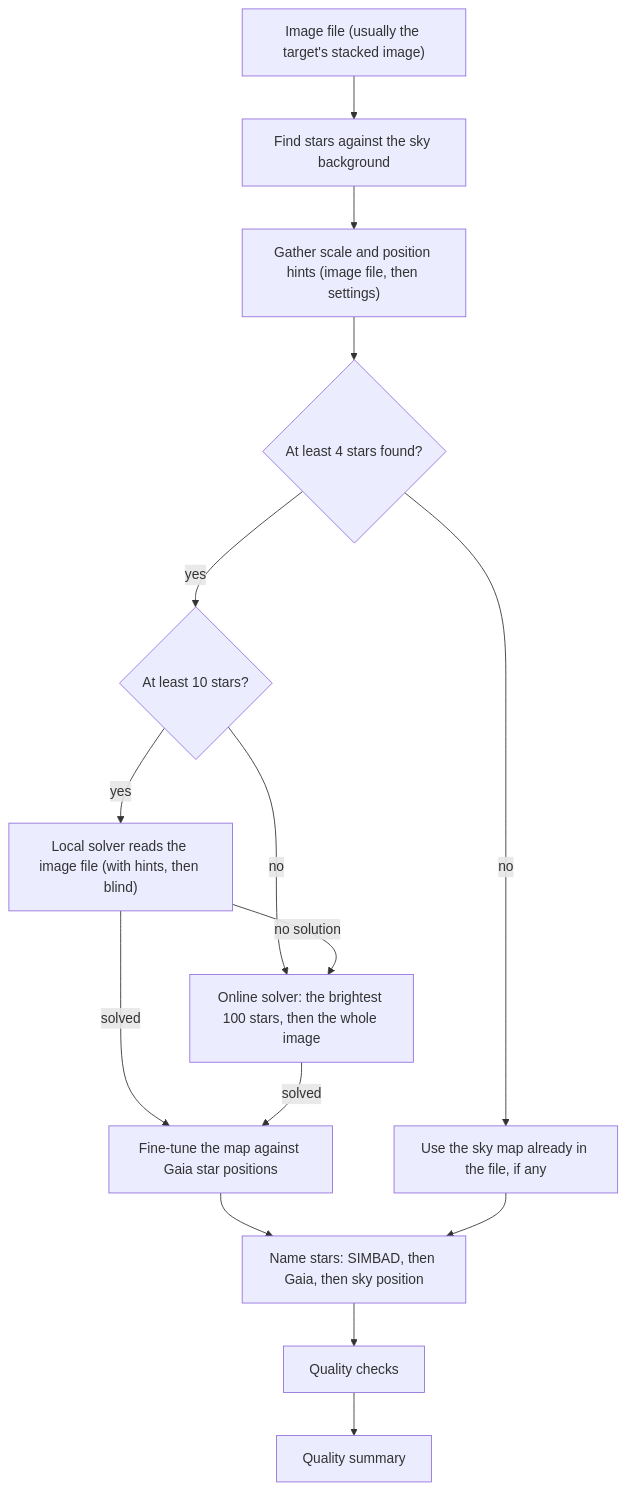
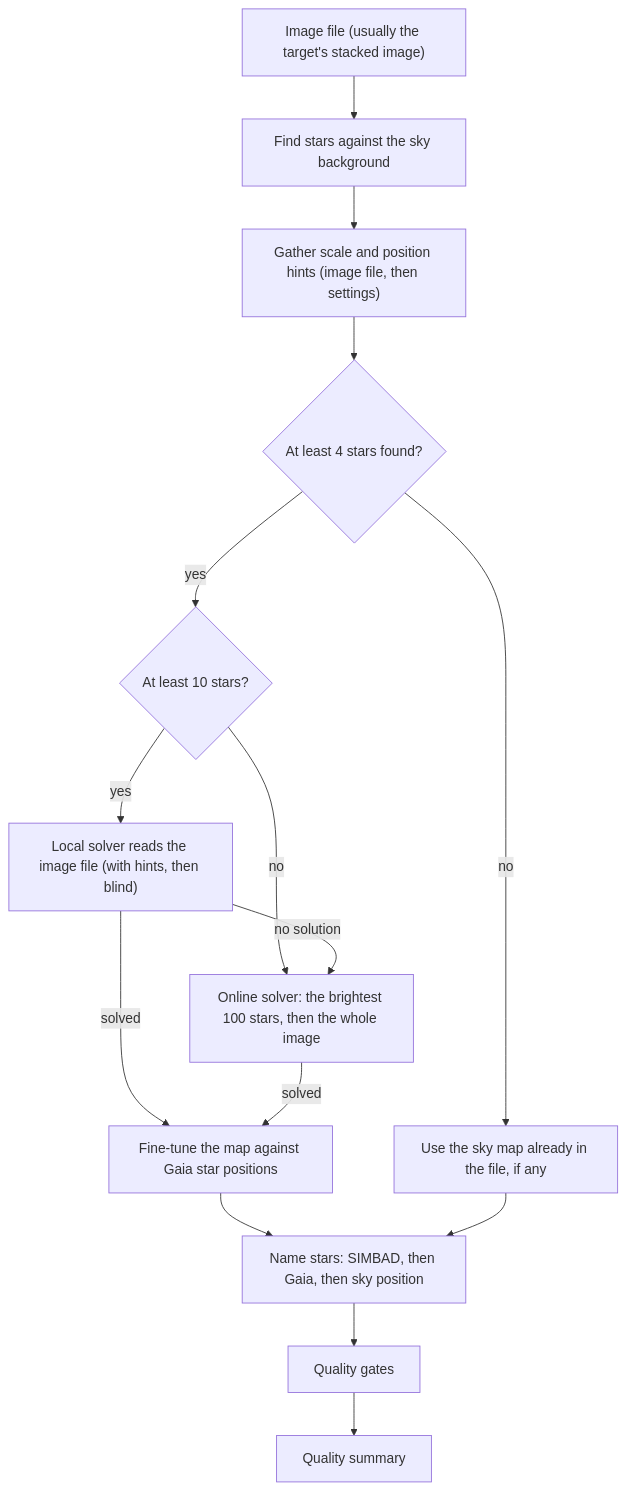
Before and after one commit to m1chae2/astrometrics: the diagram in documentation/library_design/pipelines/astrometry.md, drawn with Mermaid. The commit also changed other lines of this file and 93 other files, not shown here.

````diff
--- a/documentation/library_design/pipelines/astrometry.md
+++ b/documentation/library_design/pipelines/astrometry.md
@@ -45,17 +25,17 @@
 ```mermaid
 flowchart TD
     A["Image file (usually the target's stacked image)"] --> B["Find stars against the sky background"]
     B --> C["Gather scale and position hints (image file, then settings)"]
     C --> D{"At least 4 stars found?"}
     D -- no --> F["Use the sky map already in the file, if any"]
     D -- yes --> L{"At least 10 stars?"}
     L -- yes --> E["Local solver reads the image file (with hints, then blind)"]
     L -- no --> O["Online solver: the brightest 100 stars, then the whole image"]
     E -- "no solution" --> O
     E -- solved --> G["Fine-tune the map against Gaia star positions"]
     O -- solved --> G
     G --> H["Name stars: SIMBAD, then Gaia, then sky position"]
     F --> H
-    H --> I["Quality checks"]
+    H --> I["Quality gates"]
     I --> J["Quality summary"]
 ```
````
